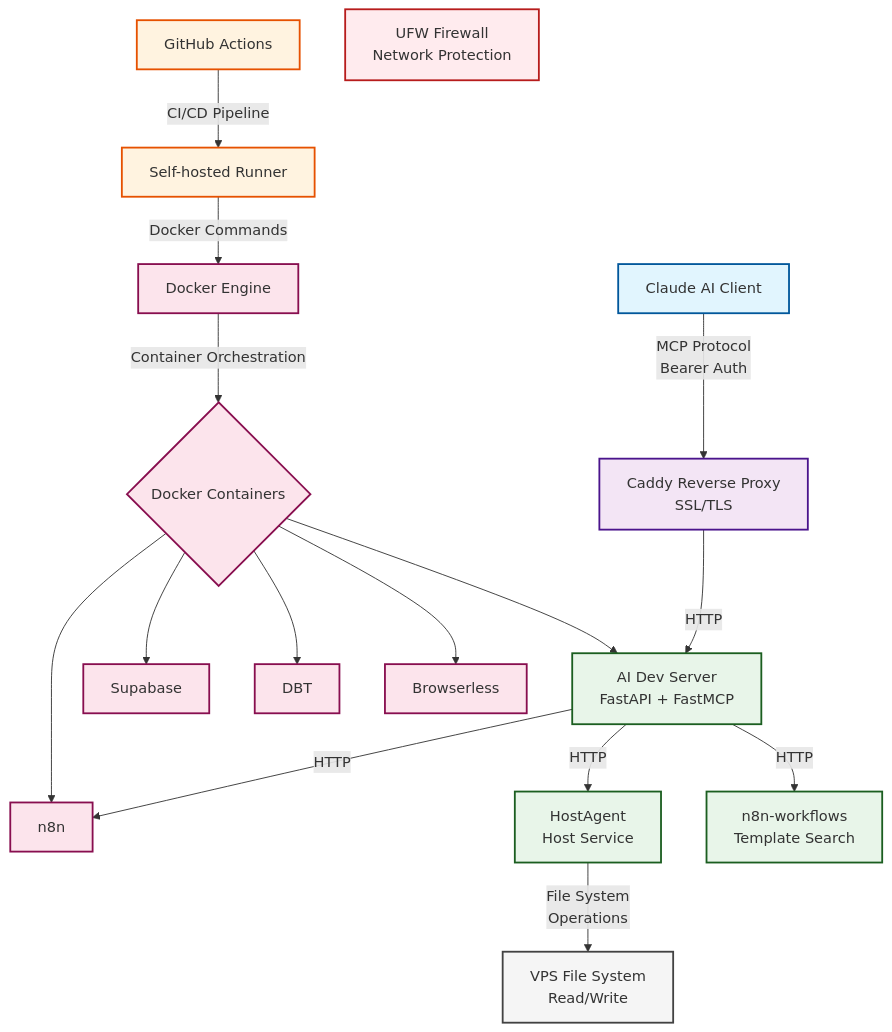
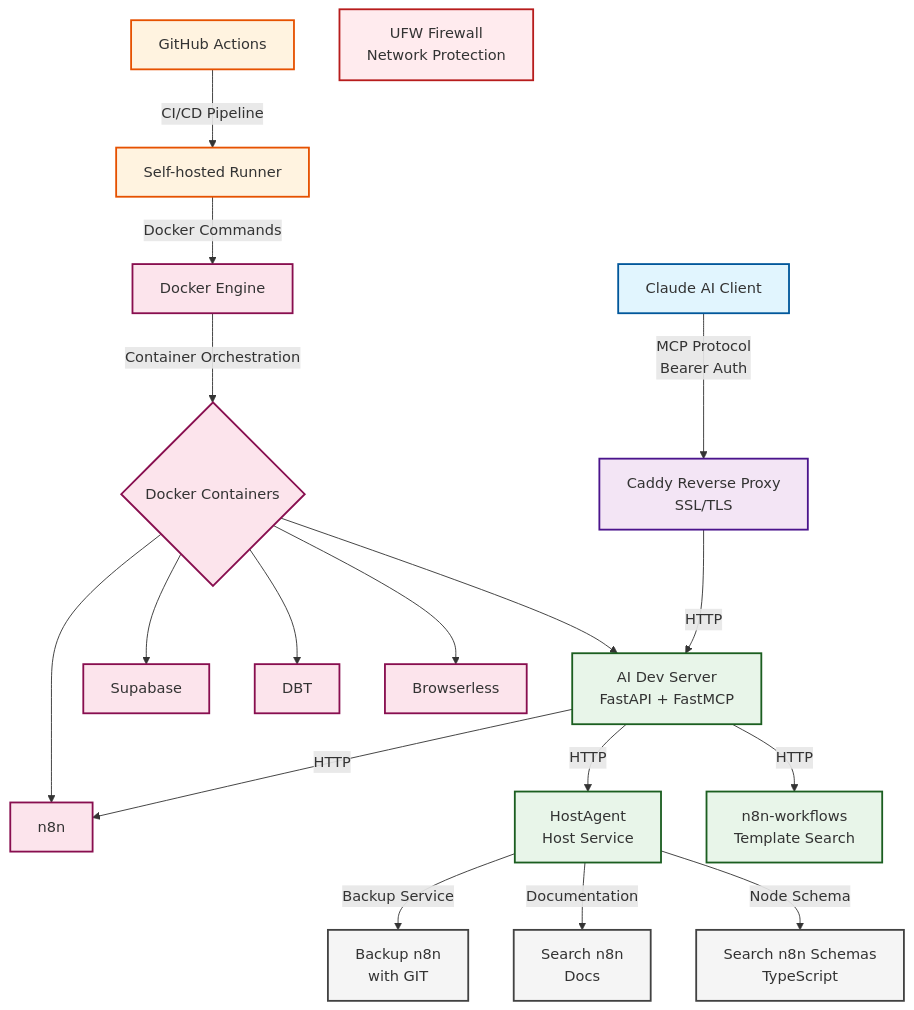
The diagram in README.md (alderaan/vps), drawn with Mermaid before and after one commit.

Commit message:
add new mcp tools to mermaid

````diff
--- a/README.md
+++ b/README.md
@@ -24,49 +24,51 @@
 ```mermaid
 graph TB
     %% Client Layer
     Client[Claude AI Client] -->|MCP Protocol<br/>Bearer Auth| Caddy[Caddy Reverse Proxy<br/>SSL/TLS]
     
     %% Web Layer
     Caddy -->|HTTP| AIDev[AI Dev Server<br/>FastAPI + FastMCP]
     
     %% Application Layer
     AIDev -->|HTTP| N8N[n8n]
     AIDev -->|HTTP| HostAgent[HostAgent<br/>Host Service]
     AIDev -->|HTTP| Workflows[n8n-workflows<br/>Template Search]
     
     %% Host Services
-    HostAgent -->|File System<br/>Operations| FileSystem[VPS File System<br/>Read/Write]
+    HostAgent -->|Backup Service| BackupN8N[Backup n8n<br/>with GIT]
+    HostAgent -->|Documentation| SearchN8N[Search n8n<br/>Docs]
+    HostAgent -->|Node Schema| TypeScriptN8N[Search n8n Schemas<br/>TypeScript]
     
     %% Automation Layer
     GitHub[GitHub Actions] -->|CI/CD Pipeline| Runner[Self-hosted Runner]
     Runner -->|Docker Commands| Docker[Docker Engine]
     
     %% Container Management
     Docker -->|Container Orchestration| Containers{Docker Containers}
     Containers --> AIDev
     Containers --> N8N
     Containers --> Supabase
     Containers --> DBT[DBT]
     Containers --> Browserless[Browserless]
     
     %% Security Layer (standalone boxes)
     UFW[UFW Firewall<br/>Network Protection]
     
     %% Styling
     classDef client fill:#e1f5fe,stroke:#01579b,stroke-width:2px
     classDef web fill:#f3e5f5,stroke:#4a148c,stroke-width:2px
     classDef app fill:#e8f5e9,stroke:#1b5e20,stroke-width:2px
     classDef host fill:#f5f5f5,stroke:#424242,stroke-width:2px
     classDef infra fill:#fff3e0,stroke:#e65100,stroke-width:2px
     classDef container fill:#fce4ec,stroke:#880e4f,stroke-width:2px
     classDef security fill:#ffebee,stroke:#b71c1c,stroke-width:2px
     
     class Client client
     class Caddy web
     class AIDev,HostAgent,Workflows app
     class N8N,Supabase,DBT,Browserless container
-    class FileSystem host
+    class BackupN8N,SearchN8N,TypeScriptN8N host
     class GitHub,Runner infra
     class Docker,Containers container
     class UFW security
 ```
````
